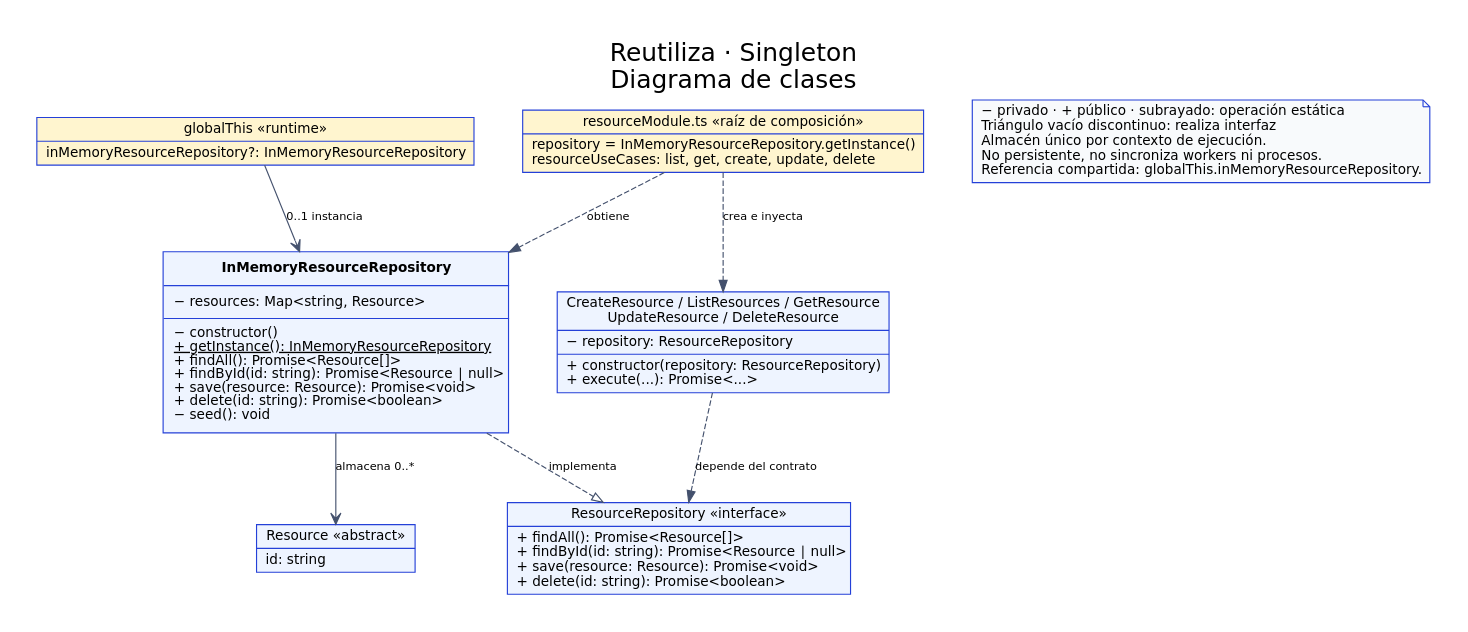
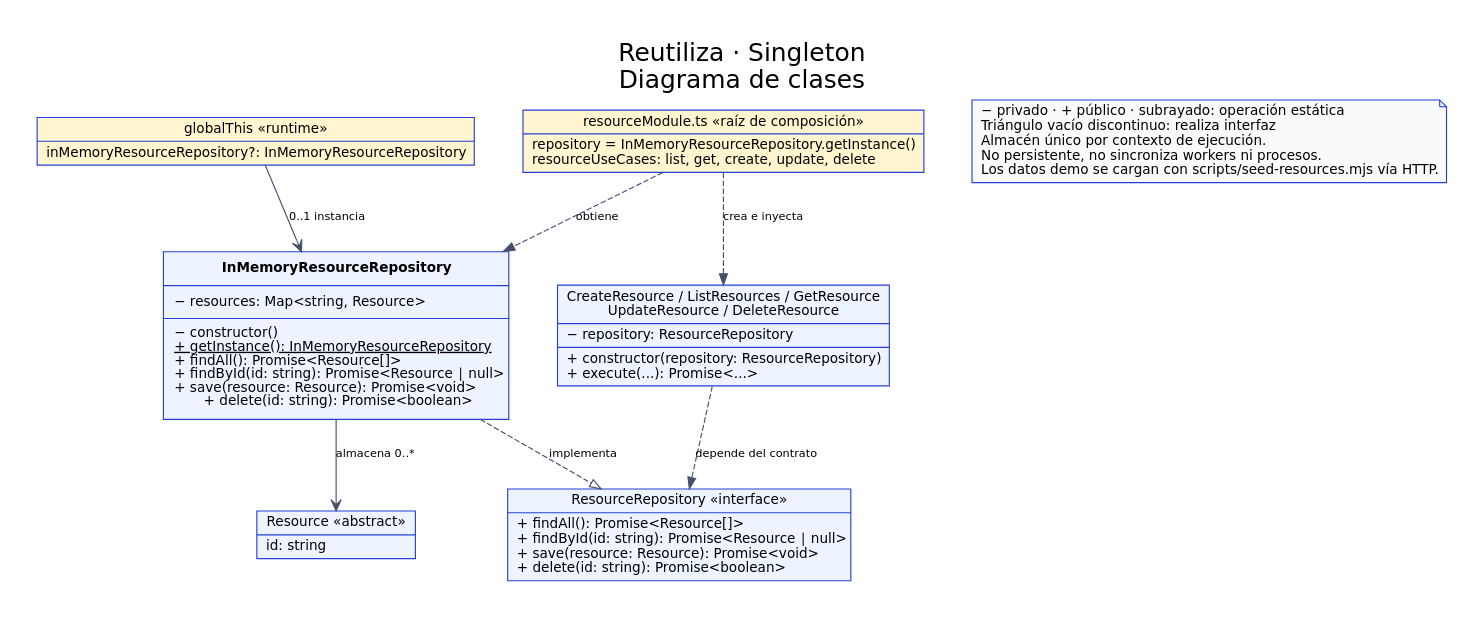
One commit to Morenosebas/reto-3 changed the diagram in docs/uml/singleton.dot. Above: the diagram before and after it, drawn with Graphviz. The commit also changed 9 other files, not shown here.

First line of the commit message:
feat: implement demo data seeding and update repository structure

```diff
--- a/docs/uml/singleton.dot
+++ b/docs/uml/singleton.dot
@@ -1,22 +1,22 @@
 digraph Singleton {
  graph [rankdir=TB, bgcolor="white", pad="0.35", nodesep="0.6", ranksep="0.7", label="Reutiliza · Singleton\nDiagrama de clases", labelloc=t, fontsize=22, fontname="DejaVu Sans"];
  node [shape=record, style=filled, fillcolor="#eef4ff", color="#2440d8", fontname="DejaVu Sans", fontsize=12];
  edge [fontname="DejaVu Sans", fontsize=10, color="#44516d"];
  Interface [label="{ResourceRepository «interface»|+ findAll(): Promise\<Resource[]\>\l+ findById(id: string): Promise\<Resource ∣ null\>\l+ save(resource: Resource): Promise\<void\>\l+ delete(id: string): Promise\<boolean\>\l}"];
  Repository [shape=plain, label=<<TABLE BORDER="1" CELLBORDER="0" CELLSPACING="0" CELLPADDING="8" BGCOLOR="#eef4ff" COLOR="#2440d8">
  <TR><TD><B>InMemoryResourceRepository</B></TD></TR>
  <HR/><TR><TD ALIGN="LEFT">− resources: Map&lt;string, Resource&gt;</TD></TR><HR/>
- <TR><TD ALIGN="LEFT">− constructor()<BR ALIGN="LEFT"/><U>+ getInstance(): InMemoryResourceRepository</U><BR ALIGN="LEFT"/>+ findAll(): Promise&lt;Resource[]&gt;<BR ALIGN="LEFT"/>+ findById(id: string): Promise&lt;Resource ∣ null&gt;<BR ALIGN="LEFT"/>+ save(resource: Resource): Promise&lt;void&gt;<BR ALIGN="LEFT"/>+ delete(id: string): Promise&lt;boolean&gt;<BR ALIGN="LEFT"/>− seed(): void<BR ALIGN="LEFT"/></TD></TR>
+ <TR><TD ALIGN="LEFT">− constructor()<BR ALIGN="LEFT"/><U>+ getInstance(): InMemoryResourceRepository</U><BR ALIGN="LEFT"/>+ findAll(): Promise&lt;Resource[]&gt;<BR ALIGN="LEFT"/>+ findById(id: string): Promise&lt;Resource ∣ null&gt;<BR ALIGN="LEFT"/>+ save(resource: Resource): Promise&lt;void&gt;<BR ALIGN="LEFT"/>+ delete(id: string): Promise&lt;boolean&gt;</TD></TR>
  </TABLE>>];
  Global [label="{globalThis «runtime»|inMemoryResourceRepository?: InMemoryResourceRepository\l}", fillcolor="#fff5cf"];
  Module [label="{resourceModule.ts «raíz de composición»|repository = InMemoryResourceRepository.getInstance()\lresourceUseCases: list, get, create, update, delete\l}", fillcolor="#fff5cf"];
  Cases [label="{CreateResource / ListResources / GetResource\nUpdateResource / DeleteResource|− repository: ResourceRepository\l|+ constructor(repository: ResourceRepository)\l+ execute(...): Promise\<...\>\l}"];
  Resource [label="{Resource «abstract»|id: string\l}"];
- Note [shape=note, fillcolor="#f8fafc", label="− privado · + público · subrayado: operación estática\lTriángulo vacío discontinuo: realiza interfaz\lAlmacén único por contexto de ejecución.\lNo persistente, no sincroniza workers ni procesos.\lReferencia compartida: globalThis.inMemoryResourceRepository.\l"];
+ Note [shape=note, fillcolor="#f8fafc", label="− privado · + público · subrayado: operación estática\lTriángulo vacío discontinuo: realiza interfaz\lAlmacén único por contexto de ejecución.\lNo persistente, no sincroniza workers ni procesos.\lLos datos demo se cargan con scripts/seed-resources.mjs vía HTTP.\l"];
  Repository -> Interface [arrowhead=empty, style=dashed, label="implementa"];
  Global -> Repository [arrowhead=vee, label="0..1 instancia"];
  Module -> Repository [style=dashed, label="obtiene"];
  Module -> Cases [style=dashed, label="crea e inyecta"];
  Cases -> Interface [style=dashed, label="depende del contrato"];
  Repository -> Resource [arrowhead=vee, label="almacena 0..*"];
 }
```
